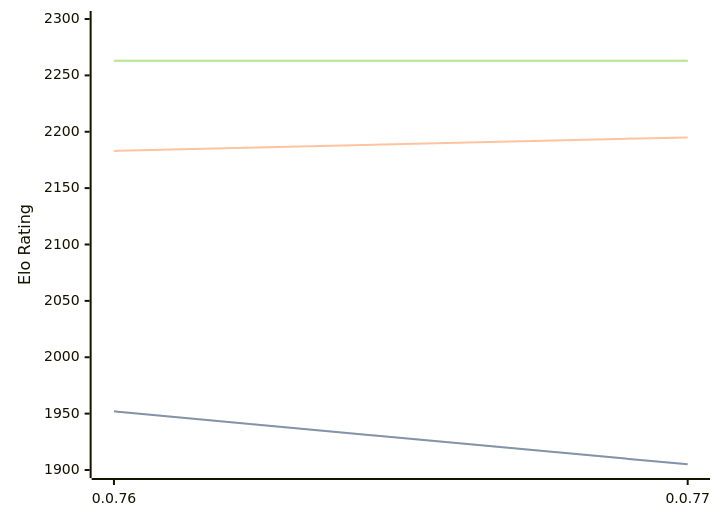
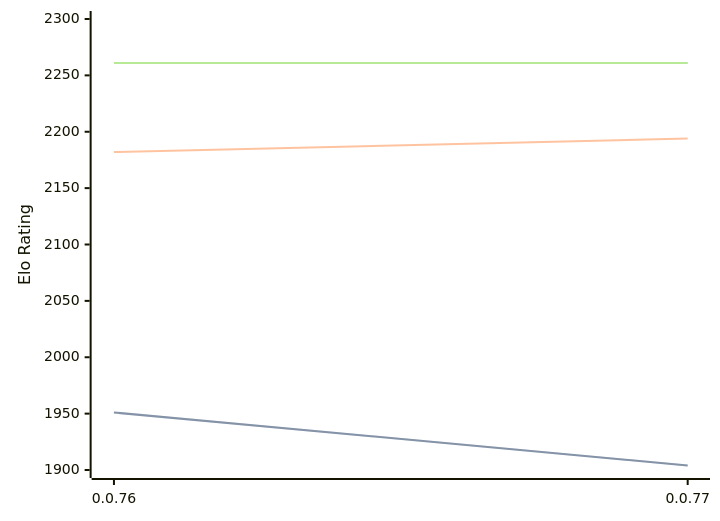
One commit to computer-chess-index/cci changed the diagram in engines/Fktb.md. Above: the diagram before and after it, drawn with Mermaid. The commit also changed other lines of this file, not shown here.

Commit message:
Update CCI Ratings (ELO VLTC) - 2026-03-07

````diff
--- a/engines/Fktb.md
+++ b/engines/Fktb.md
@@ -30,11 +30,11 @@
 ```mermaid
 %%{init: {"theme":"base","themeVariables":{"seriesColors:['#a3a3a3','#222221','#faa371']}}}%%
 xychart-beta
   x-axis ["0.0.76", "0.0.77"]
   y-axis "Elo Rating" 1900 --> 2300
-  line "STC (8.0+0.08s)" [1952, 1905]
-  line "STC (8.0+0.08s)" [1952, 1905]
-  line "LTC (60.0+0.60s)" [2183, 2195]
-  line "VLTC (2m24s+1.12s)" [2263, 2263]
-  line "VLTC (2m24s+1.12s)" [2263, 2263]
+  line "STC (8.0+0.08s)" [1951, 1904]
+  line "STC (8.0+0.08s)" [1951, 1904]
+  line "LTC (60.0+0.60s)" [2182, 2194]
+  line "VLTC (2m24s+1.12s)" [2261, 2261]
+  line "VLTC (2m24s+1.12s)" [2261, 2261]
 ```
````
